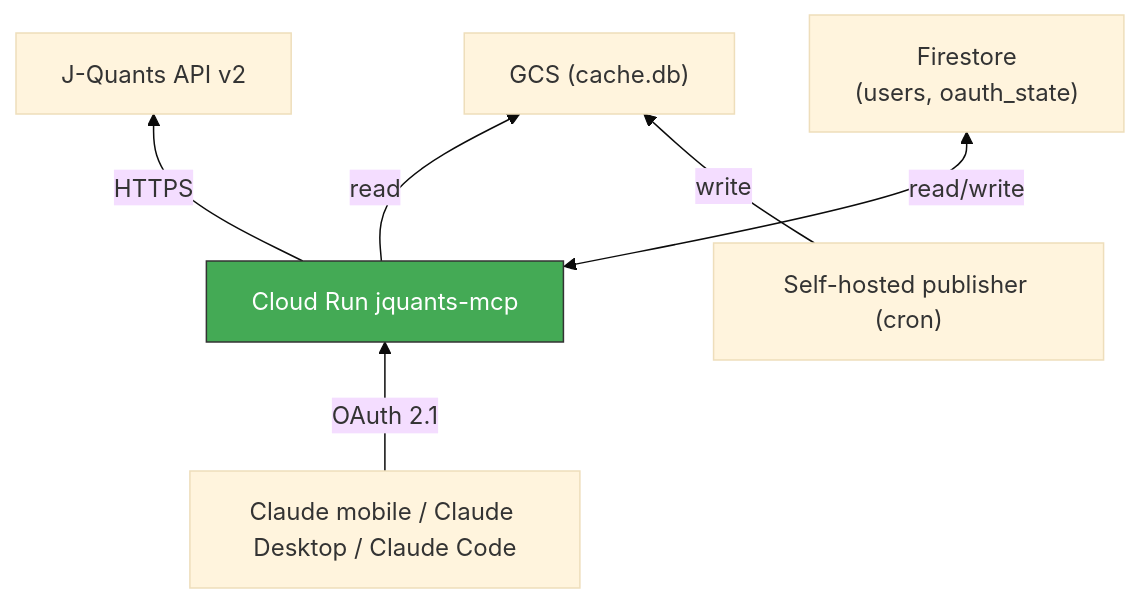
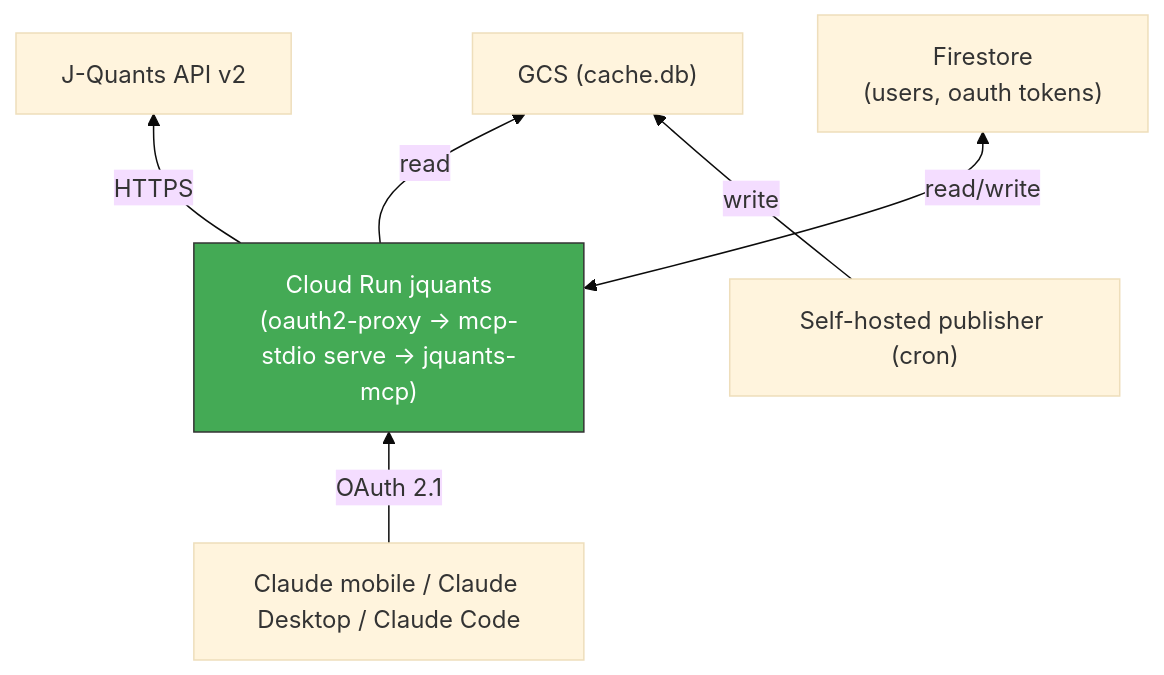
One commit to shigechika/jquants-mcp changed the fifth of 5 diagrams in docs/deploy/README.md. Above: the diagram before and after it, drawn with Mermaid (base theme). The commit also changed other lines of this file and 14 other files, not shown here.

````diff
--- a/docs/deploy/README.md
+++ b/docs/deploy/README.md
@@ -102,17 +110,17 @@
 ```mermaid
 graph BT
     C["J-Quants API v2"]
     D["GCS (cache.db)"]
-    E["Firestore\n(users, oauth_state)"]
-    B["Cloud Run jquants-mcp"]
+    E["Firestore\n(users, oauth tokens)"]
+    B["Cloud Run jquants\n(oauth2-proxy → mcp-stdio serve → jquants-mcp)"]
     A["Claude mobile / Claude Desktop / Claude Code"]
     F["Self-hosted publisher (cron)"]
 
     A -->|"OAuth 2.1"| B
     B -->|HTTPS| C
     B -->|read| D
     B <-->|read/write| E
     F -->|write| D
 
     style B fill:#4a5,stroke:#333,color:#fff
 ```
````
